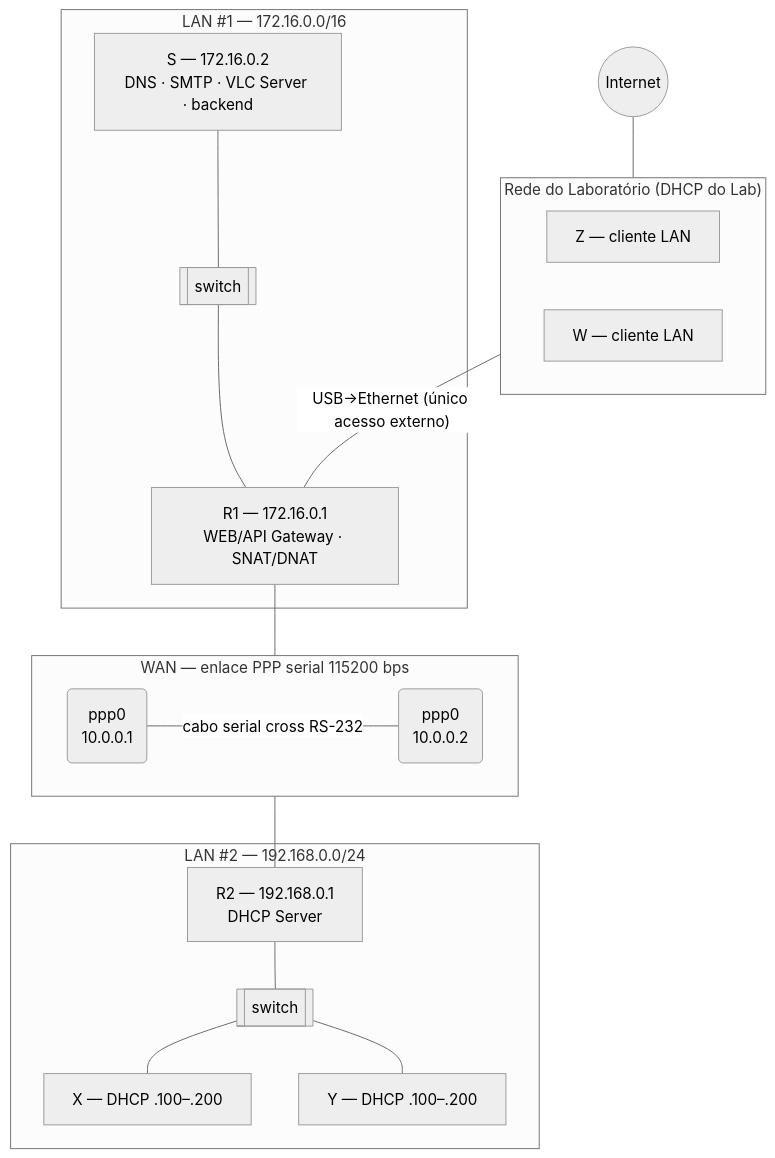
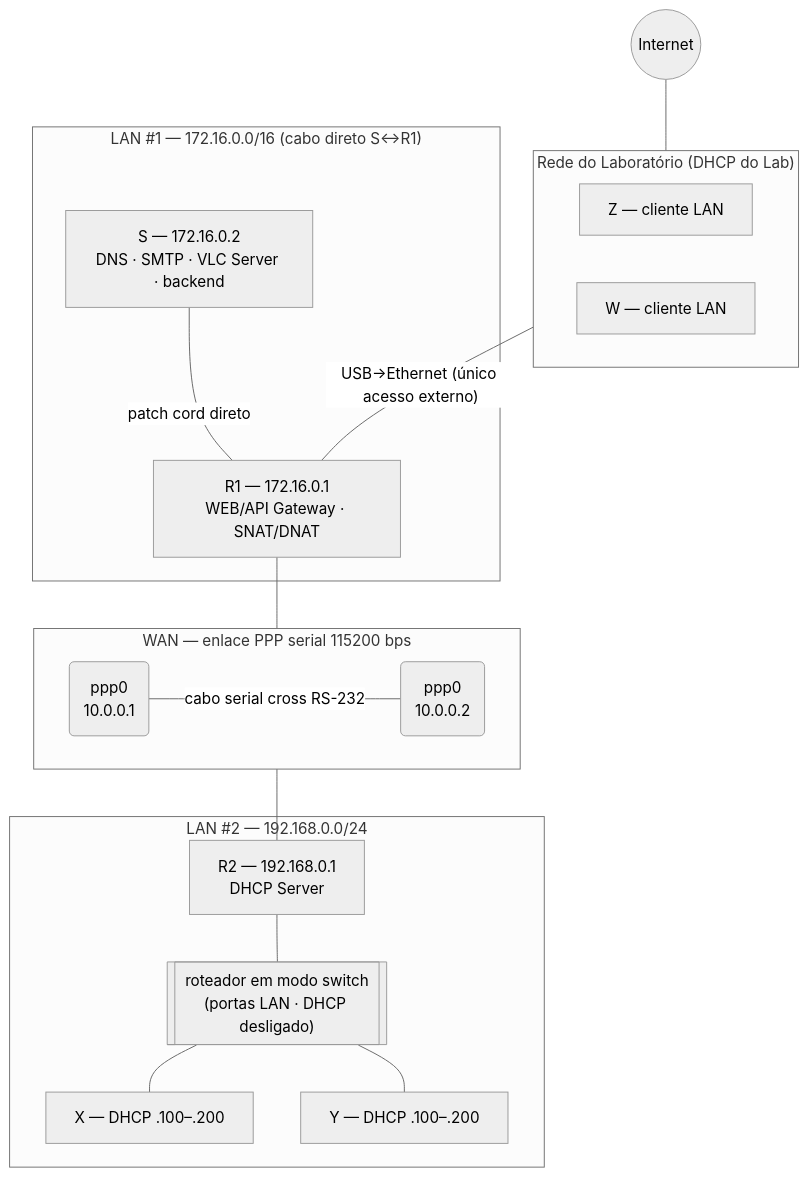
One commit to maykonjuso/redes changed the first of 2 diagrams in fase_1.md. Above: the diagram before and after it, drawn with Mermaid (neutral theme). The commit also changed other lines of this file, not shown here.

````diff
--- a/fase_1.md
+++ b/fase_1.md
@@ -7,31 +7,30 @@
 ```mermaid
 graph TB
     INET(("Internet"))
     subgraph LAB["Rede do Laboratório (DHCP do Lab)"]
         Z["Z — cliente LAN"]
         W["W — cliente LAN"]
     end
-    subgraph LAN1["LAN #1 — 172.16.0.0/16"]
+    subgraph LAN1["LAN #1 — 172.16.0.0/16 (cabo direto S↔R1)"]
         S["S — 172.16.0.2<br/>DNS · SMTP · VLC Server · backend"]
-        SW1[["switch"]]
         R1["R1 — 172.16.0.1<br/>WEB/API Gateway · SNAT/DNAT"]
     end
     subgraph WAN["WAN — enlace PPP serial 115200 bps"]
         direction LR
         P1("ppp0<br/>10.0.0.1") ---|"cabo serial cross RS-232"| P2("ppp0<br/>10.0.0.2")
     end
     subgraph LAN2["LAN #2 — 192.168.0.0/24"]
         R2["R2 — 192.168.0.1<br/>DHCP Server"]
-        SW2[["switch"]]
+        RT[["roteador em modo switch<br/>(portas LAN · DHCP desligado)"]]
         X["X — DHCP .100–.200"]
         Y["Y — DHCP .100–.200"]
     end
     INET --- LAB
     LAB ---|"USB→Ethernet (único acesso externo)"| R1
-    S --- SW1 --- R1
+    S ---|"patch cord direto"| R1
     R1 --- P1
     P2 --- R2
-    R2 --- SW2
-    SW2 --- X
-    SW2 --- Y
+    R2 --- RT
+    RT --- X
+    RT --- Y
 ```
````
